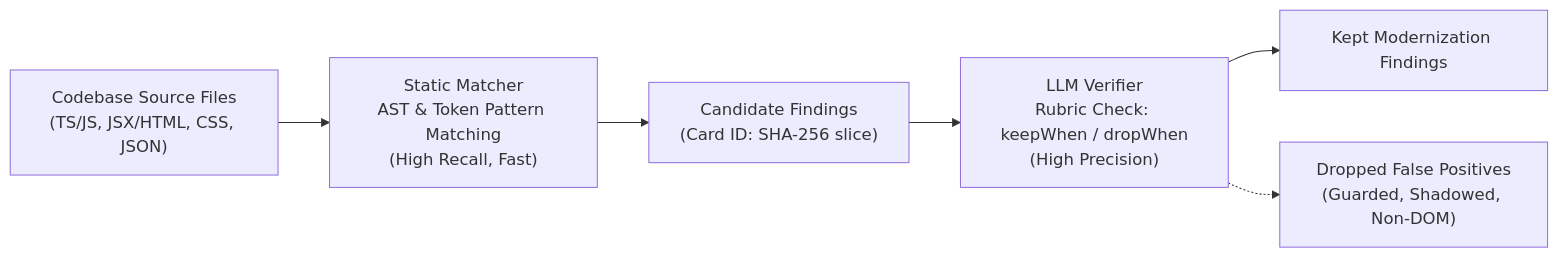
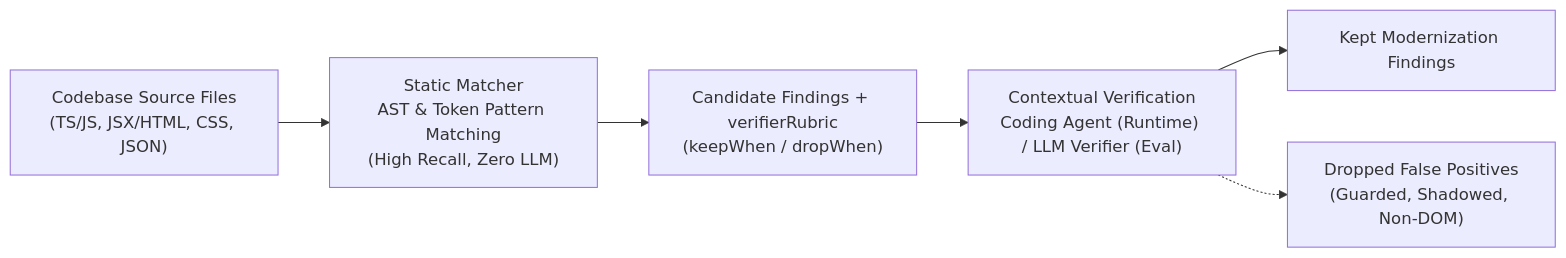
One commit to GoogleChrome/modern-web-guidance-src changed the second of 2 diagrams in src/analyzing/README.md. Above: the diagram before and after it, drawn with Mermaid. The commit also changed other lines of this file and 6 other files, not shown here.

Commit message:
analyzing: simplify llm-verifier and cli, drop --all from gd, and sync README (#91b)

````diff
--- a/src/analyzing/README.md
+++ b/src/analyzing/README.md
@@ -128,8 +137,8 @@
 ```mermaid
 flowchart LR
-    Source["Codebase Source Files<br/>(TS/JS, JSX/HTML, CSS, JSON)"] --> StaticMatcher["Static Matcher<br/>AST & Token Pattern Matching<br/>(High Recall, Fast)"]
-    StaticMatcher --> RawCards["Candidate Findings<br/>(Card ID: SHA-256 slice)"]
-    RawCards --> LlmVerifier["LLM Verifier<br/>Rubric Check: keepWhen / dropWhen<br/>(High Precision)"]
-    LlmVerifier --> Kept["Kept Modernization Findings"]
-    LlmVerifier -.-> Dropped["Dropped False Positives<br/>(Guarded, Shadowed, Non-DOM)"]
+    Source["Codebase Source Files<br/>(TS/JS, JSX/HTML, CSS, JSON)"] --> StaticMatcher["Static Matcher<br/>AST & Token Pattern Matching<br/>(High Recall, Zero LLM)"]
+    StaticMatcher --> RawCards["Candidate Findings + verifierRubric<br/>(keepWhen / dropWhen)"]
+    RawCards --> Verification["Contextual Verification<br/>Coding Agent (Runtime) / LLM Verifier (Eval)"]
+    Verification --> Kept["Kept Modernization Findings"]
+    Verification -.-> Dropped["Dropped False Positives<br/>(Guarded, Shadowed, Non-DOM)"]
 ```
````
